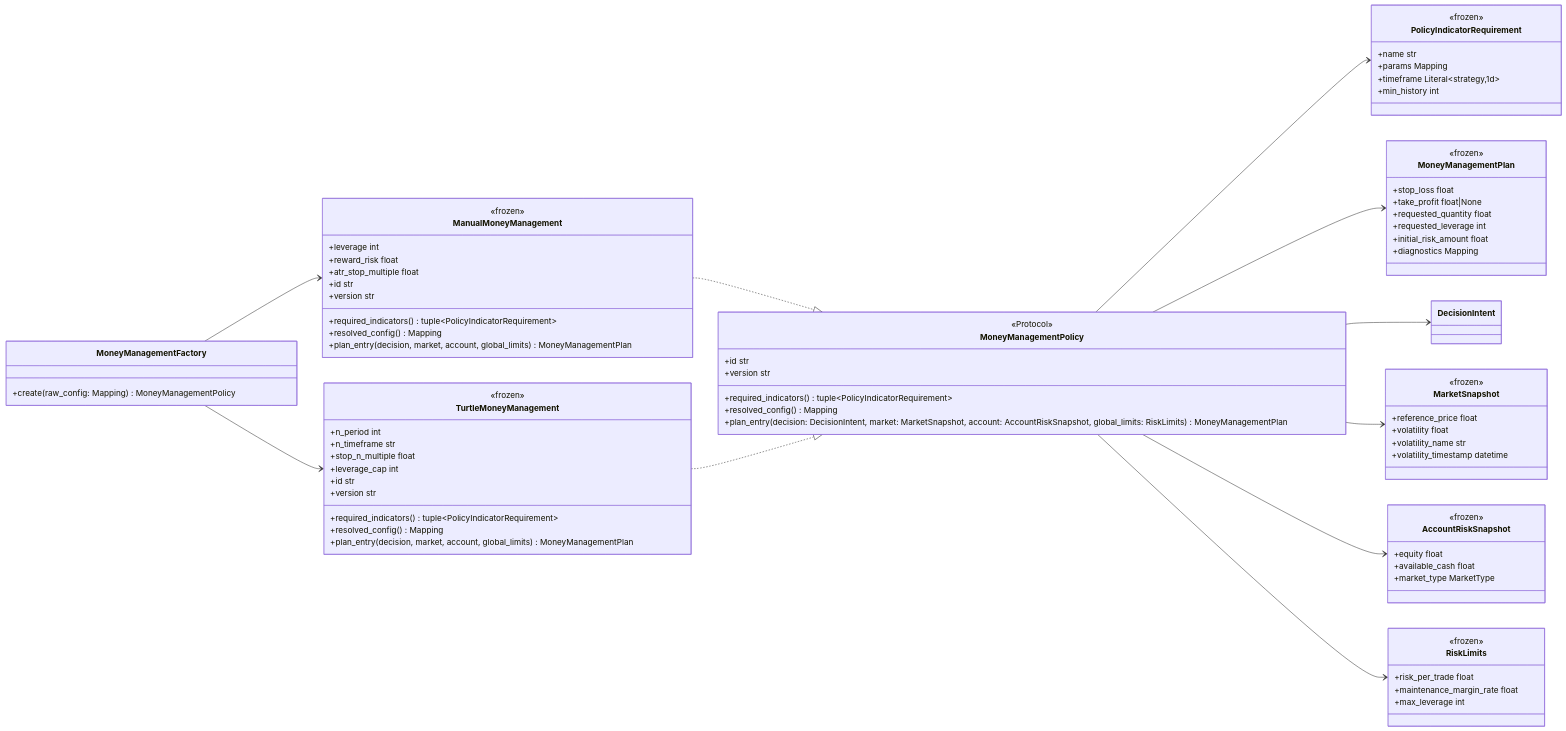
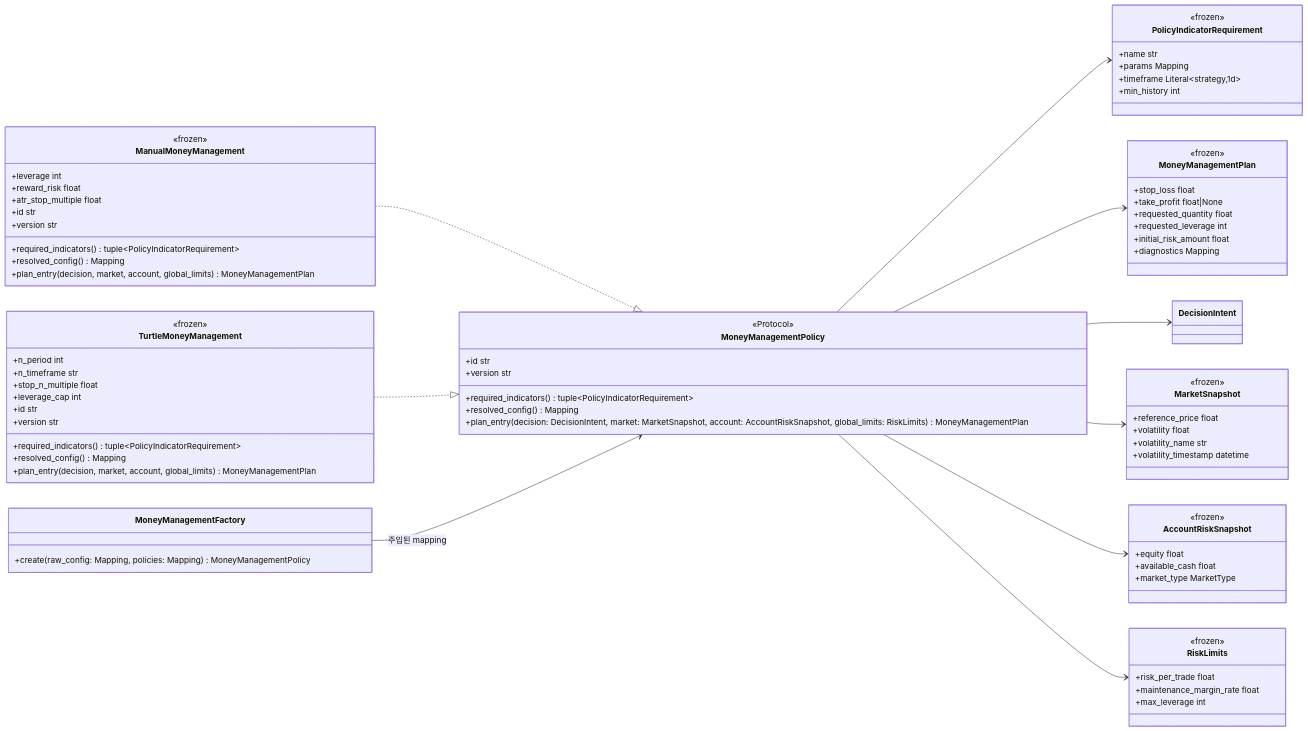
Before and after one commit to vessel35/trading-system-v2: diagram 16 of 38 in docs/fullspec/backtest_v2_detailed_design.md, drawn with Mermaid. The commit also changed other lines of this file and 26 other files, not shown here.

First line of the commit message:
refactor(money-management): 정책을 배포되는 자리로 옮긴다

```diff
--- a/docs/fullspec/backtest_v2_detailed_design.md
+++ b/docs/fullspec/backtest_v2_detailed_design.md
@@ -2405,7 +2405,7 @@
         +plan_entry(decision, market, account, global_limits) MoneyManagementPlan
     }
     class MoneyManagementFactory {
-        +create(raw_config: Mapping) MoneyManagementPolicy
+        +create(raw_config: Mapping, policies: Mapping) MoneyManagementPolicy
     }
     class PolicyIndicatorRequirement {
         <<frozen>>
@@ -2446,8 +2446,7 @@
 
     ManualMoneyManagement ..|> MoneyManagementPolicy
     TurtleMoneyManagement ..|> MoneyManagementPolicy
-    MoneyManagementFactory --> ManualMoneyManagement
-    MoneyManagementFactory --> TurtleMoneyManagement
+    MoneyManagementFactory --> MoneyManagementPolicy : 주입된 mapping
     MoneyManagementPolicy --> PolicyIndicatorRequirement
     MoneyManagementPolicy --> MoneyManagementPlan
     MoneyManagementPolicy --> DecisionIntent
```
